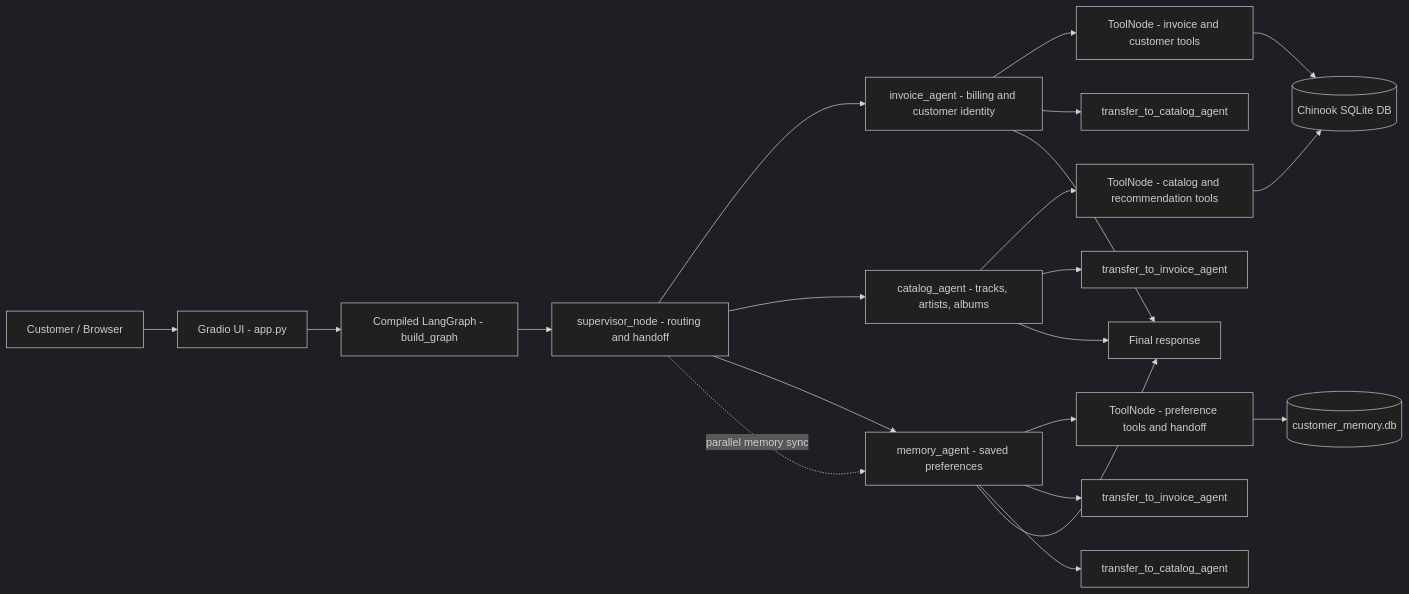
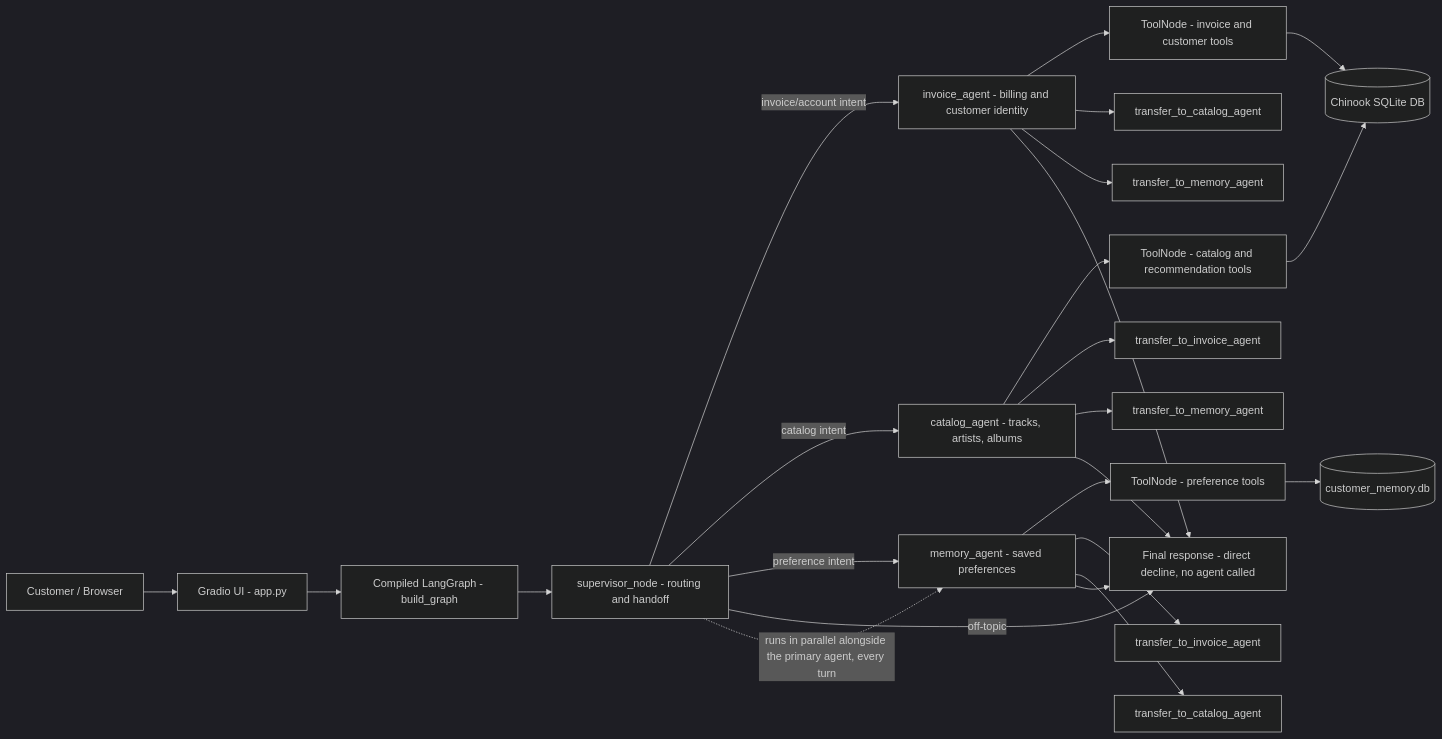
One commit to kansaram/chinook-customer-support-agent changed the first of 2 diagrams in README.md. Above: the diagram before and after it, drawn with Mermaid (dark theme). The commit also changed other lines of this file, not shown here.

Commit message:
final ReadMe.md

````diff
--- a/README.md
+++ b/README.md
@@ -7,29 +10,32 @@
 ```mermaid
 flowchart LR
     U[Customer / Browser] --> G[Gradio UI - app.py]
     G --> BG[Compiled LangGraph - build_graph]
     BG --> S[supervisor_node - routing and handoff]
 
-    S --> IA[invoice_agent - billing and customer identity]
-    S --> CA[catalog_agent - tracks, artists, albums]
-    S --> MA[memory_agent - saved preferences]
+    S -->|invoice/account intent| IA[invoice_agent - billing and customer identity]
+    S -->|catalog intent| CA[catalog_agent - tracks, artists, albums]
+    S -->|preference intent| MA[memory_agent - saved preferences]
+    S -->|off-topic| OUT[Final response - direct decline, no agent called]
 
     IA --> IT[ToolNode - invoice and customer tools]
     CA --> CT[ToolNode - catalog and recommendation tools]
-    MA --> MT[ToolNode - preference tools and handoff]
+    MA --> MT[ToolNode - preference tools]
 
     IT --> DB1[(Chinook SQLite DB)]
     CT --> DB1
     MT --> DB2[(customer_memory.db)]
 
     IA --> H1[transfer_to_catalog_agent]
-    CA --> H2[transfer_to_invoice_agent]
-    MA --> H3[transfer_to_invoice_agent]
-    MA --> H4[transfer_to_catalog_agent]
+    IA --> H2[transfer_to_memory_agent]
+    CA --> H3[transfer_to_invoice_agent]
+    CA --> H4[transfer_to_memory_agent]
+    MA --> H5[transfer_to_invoice_agent]
+    MA --> H6[transfer_to_catalog_agent]
 
-    IA --> OUT[Final response]
+    IA --> OUT
     CA --> OUT
     MA --> OUT
 
-    S -. parallel memory sync .-> MA
+    S -. runs in parallel alongside the primary agent, every turn .-> MA
 ```
````
